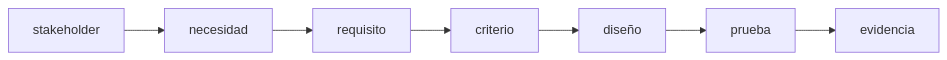
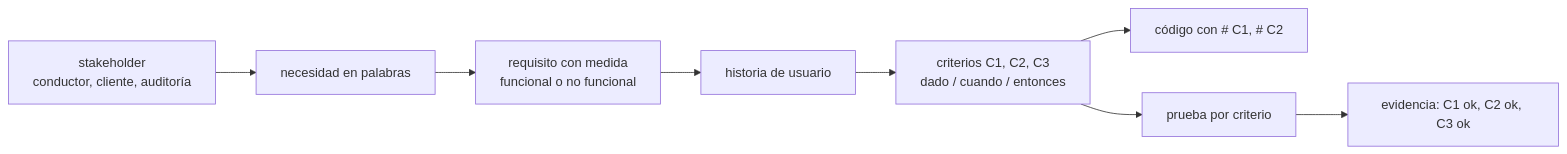
The first of 9 diagrams in web/public/content/foundations/modulo-7.md (NICORUIZ93/The_Imperial_Book), drawn with Mermaid before and after one commit. The commit also changed other lines of this file, not shown here.

First line of the commit message:
docs(fundamentos): M7 completo con la plantilla académica

````diff
--- a/web/public/content/foundations/modulo-7.md
+++ b/web/public/content/foundations/modulo-7.md
@@ -16,5 +99,10 @@
 ```mermaid
 flowchart LR
-    ST["stakeholder"] --> NEED["necesidad"] --> REQ["requisito"] --> CRITERIA["criterio"]
-    CRITERIA --> DESIGN["diseño"] --> TEST["prueba"] --> EVIDENCE["evidencia"]
+    ST["stakeholder<br/>conductor, cliente, auditoría"] --> NEED["necesidad en palabras"]
+    NEED --> REQ["requisito con medida<br/>funcional o no funcional"]
+    REQ --> HIST["historia de usuario"]
+    HIST --> CRIT["criterios C1, C2, C3<br/>dado / cuando / entonces"]
+    CRIT --> CODE["código con # C1, # C2"]
+    CRIT --> TEST["prueba por criterio"]
+    TEST --> EV["evidencia: C1 ok, C2 ok, C3 ok"]
 ```
````
